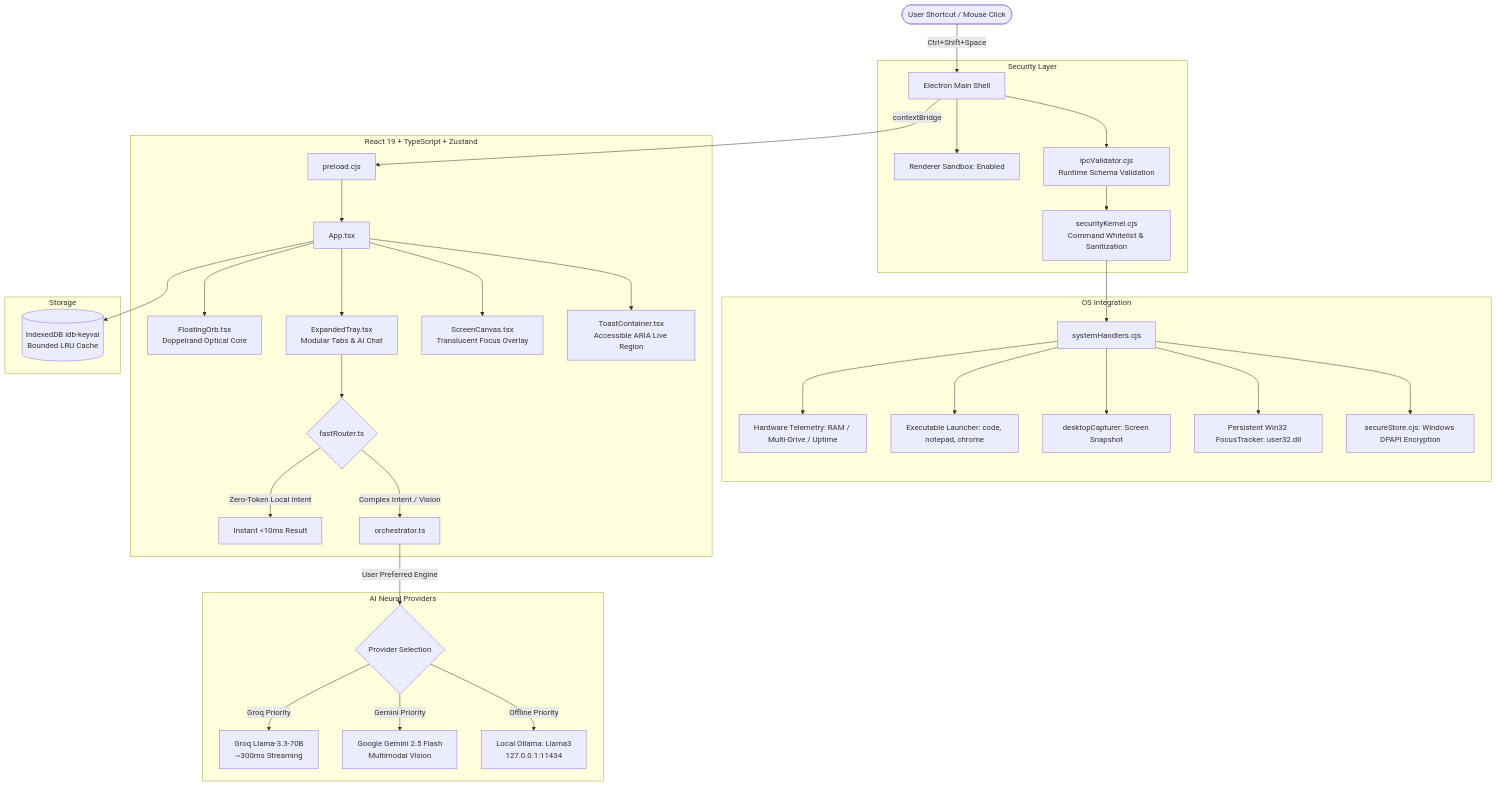
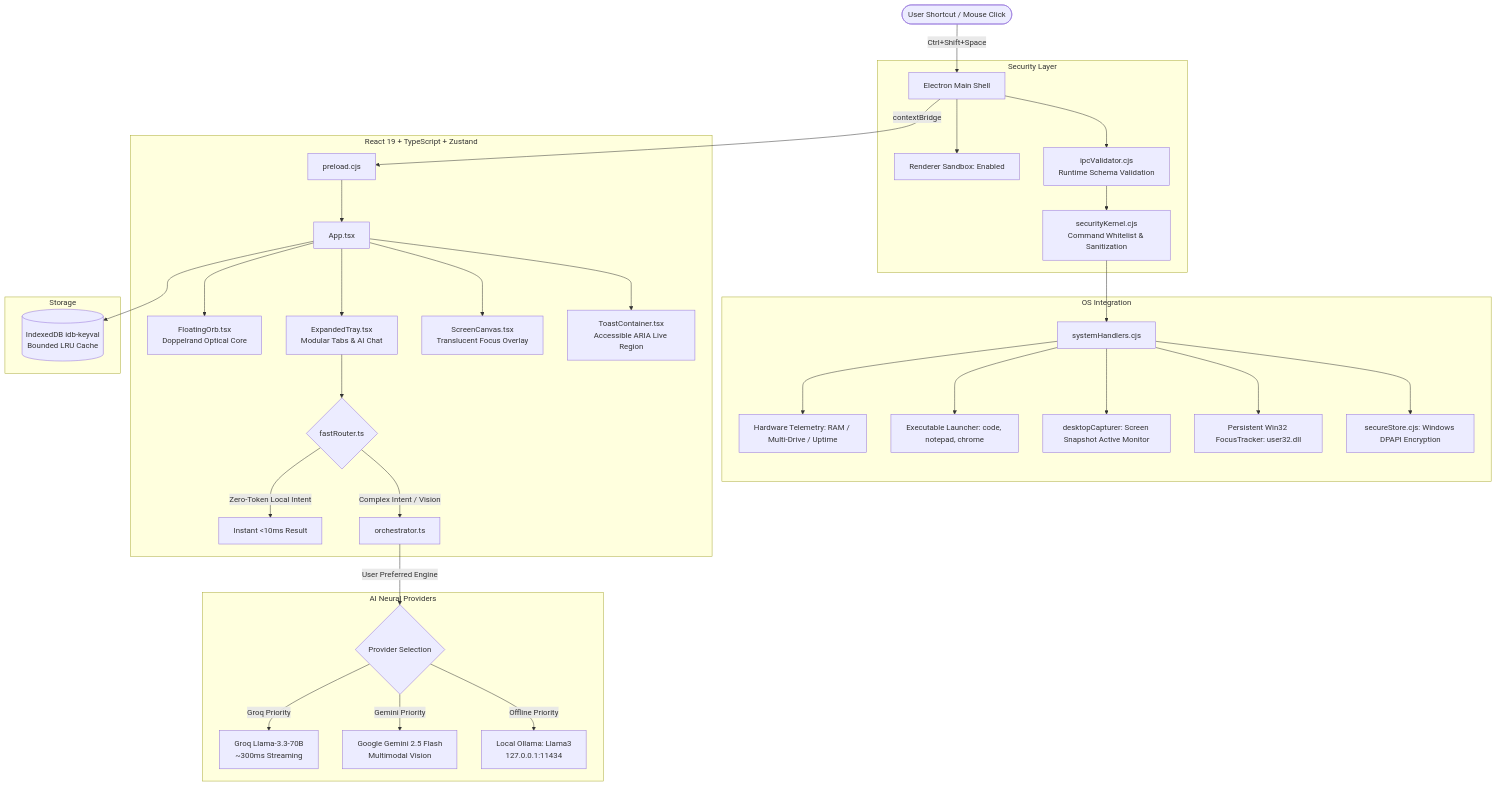
The diagram in README.md (Lohith-RC/float-companion), drawn with Mermaid before and after one commit. The commit also changed other lines of this file, not shown here.

````diff
--- a/README.md
+++ b/README.md
@@ -131,43 +159,43 @@
 ```mermaid
 flowchart TD
     User([User Shortcut / Mouse Click]) --> |Ctrl+Shift+Space| Shell[Electron Main Shell]
     
     subgraph Security Layer
         Shell --> Sandbox[Renderer Sandbox: Enabled]
         Shell --> Validator[ipcValidator.cjs\nRuntime Schema Validation]
         Validator --> Kernel[securityKernel.cjs\nCommand Whitelist & Sanitization]
     end
     
     subgraph OS Integration
         Kernel --> Win32[systemHandlers.cjs]
         Win32 --> Stats[Hardware Telemetry: RAM / Multi-Drive / Uptime]
         Win32 --> AppLaunch[Executable Launcher: code, notepad, chrome]
-        Win32 --> Capturer[desktopCapturer: Screen Snapshot]
+        Win32 --> Capturer[desktopCapturer: Screen Snapshot Active Monitor]
         Win32 --> Tracker[Persistent Win32 FocusTracker: user32.dll]
         Win32 --> Vault[secureStore.cjs: Windows DPAPI Encryption]
     end
     
     subgraph Frontend Core [React 19 + TypeScript + Zustand]
         Shell --> |contextBridge| Preload[preload.cjs]
         Preload --> UI[App.tsx]
         UI --> Orb[FloatingOrb.tsx\nDoppelrand Optical Core]
         UI --> Tray[ExpandedTray.tsx\nModular Tabs & AI Chat]
         UI --> Canvas[ScreenCanvas.tsx\nTranslucent Focus Overlay]
         UI --> Toasts[ToastContainer.tsx\nAccessible ARIA Live Region]
         
         Tray --> Router{fastRouter.ts}
         Router --> |Zero-Token Local Intent| LocalAns[Instant <10ms Result]
         Router --> |Complex Intent / Vision| Orch[orchestrator.ts]
     end
     
     subgraph AI Neural Providers
         Orch --> |User Preferred Engine| Priority{Provider Selection}
         Priority --> |Groq Priority| Groq[Groq Llama-3.3-70B\n~300ms Streaming]
         Priority --> |Gemini Priority| Gemini[Google Gemini 2.5 Flash\nMultimodal Vision]
         Priority --> |Offline Priority| Ollama[Local Ollama: Llama3\n127.0.0.1:11434]
     end
     
     subgraph Storage
         UI --> IDB[(IndexedDB idb-keyval\nBounded LRU Cache)]
     end
 ```
````
